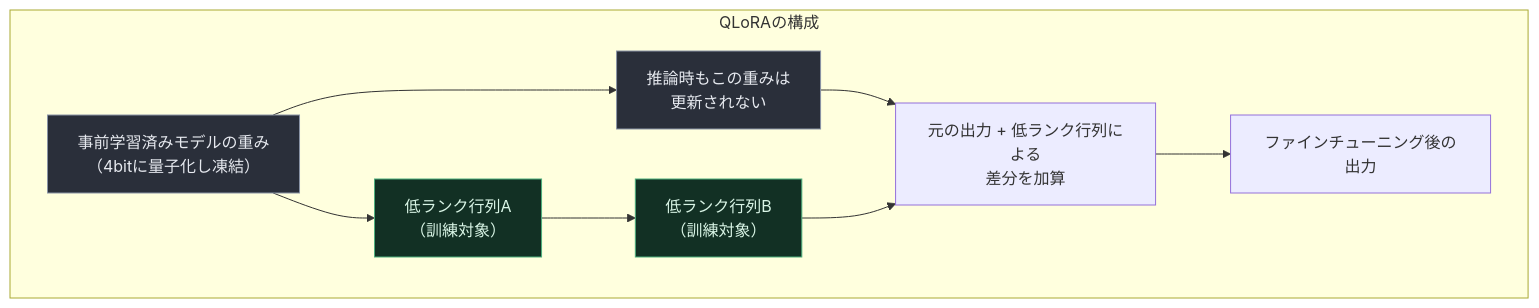
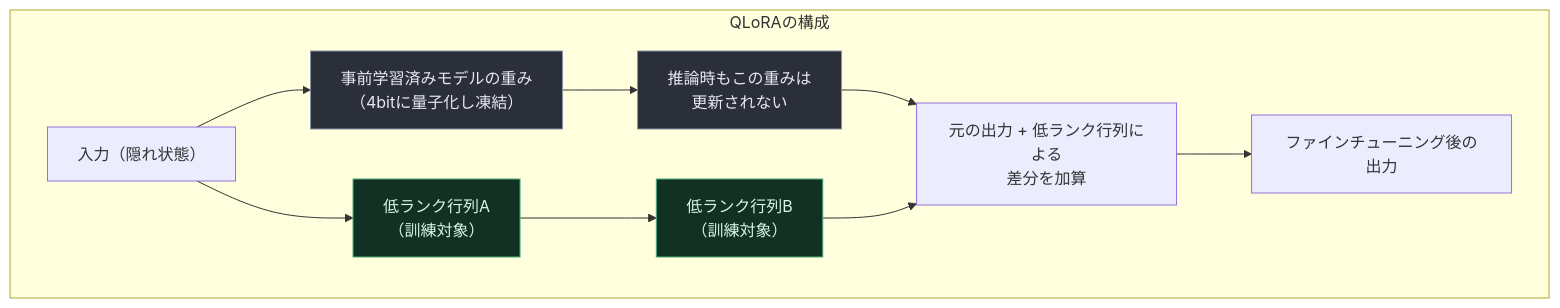
One commit to myoshi2891/Comparison-of-LLMs changed diagram 24 of 27 in Hands-on-large-language-models-guide.md. Above: the diagram before and after it, drawn with Mermaid. The commit also changed other lines of this file and 3 other files, not shown here.

Commit message:
docs(guides): refine RLS bypass security, SageMaker bootstrap env vars, QLoRA diagrams, and source citations

````diff
--- a/Hands-on-large-language-models-guide.md
+++ b/Hands-on-large-language-models-guide.md
@@ -632,16 +636,17 @@
 ```mermaid
 flowchart TB
     subgraph QLoRA["QLoRAの構成"]
-        Base["事前学習済みモデルの重み<br/>（4bitに量子化し凍結）"] --> Frozen["推論時もこの重みは<br/>更新されない"]
-        Base --> LoRA_A["低ランク行列A<br/>（訓練対象）"]
+        Input["入力（隠れ状態）"] --> Base["事前学習済みモデルの重み<br/>（4bitに量子化し凍結）"]
+        Base --> Frozen["推論時もこの重みは<br/>更新されない"]
+        Input --> LoRA_A["低ランク行列A<br/>（訓練対象）"]
         LoRA_A --> LoRA_B["低ランク行列B<br/>（訓練対象）"]
         Frozen --> Combine["元の出力 + 低ランク行列による<br/>差分を加算"]
         LoRA_B --> Combine
         Combine --> FinalOut["ファインチューニング後の出力"]
     end
 
     classDef frozenStyle fill:#2a2f3a,stroke:#8a94a6,color:#e6e9ef
     classDef trainStyle fill:#123024,stroke:#4caf7d,color:#d9f5e6
     class Base,Frozen frozenStyle
     class LoRA_A,LoRA_B trainStyle
 ```
````
